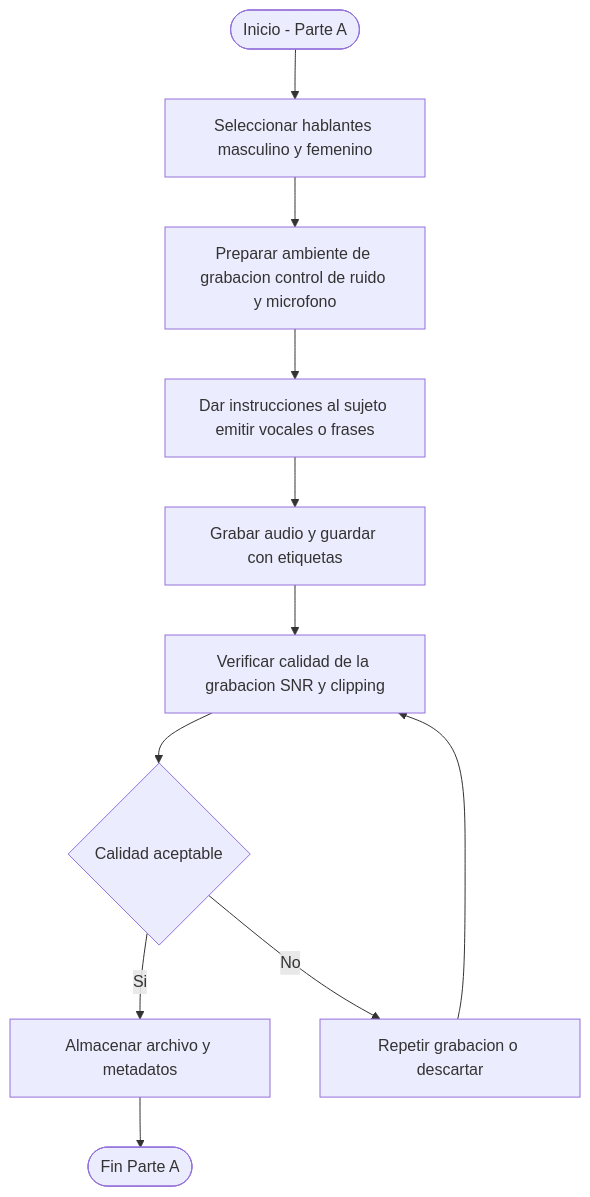
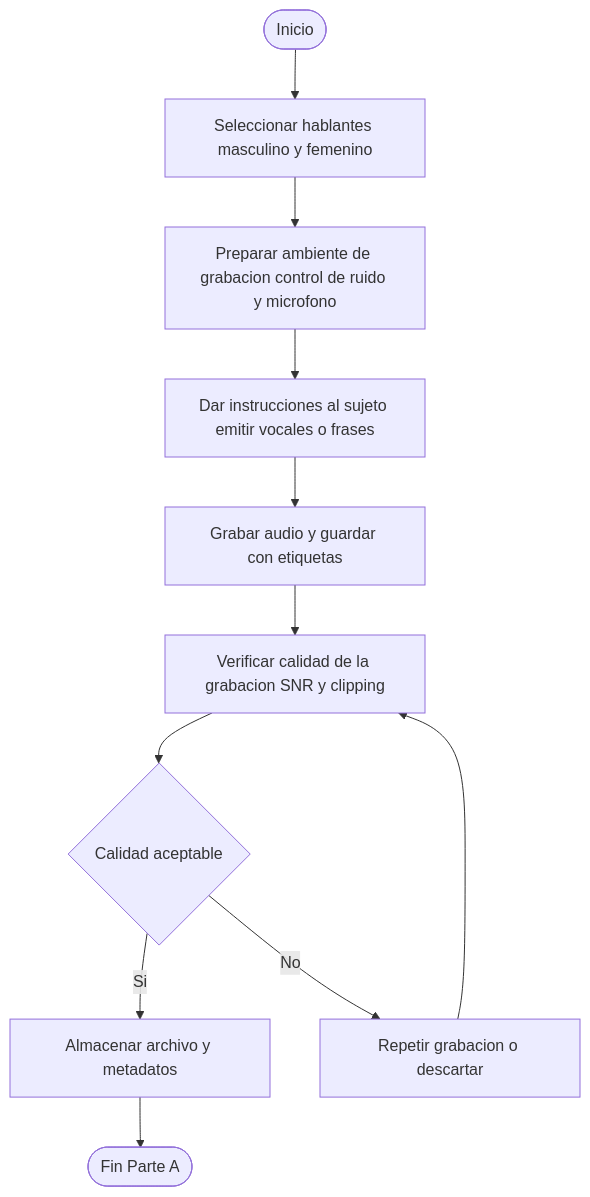
Before and after one commit to LauraDaniela09/Laboratorio_3: the first of 3 diagrams in README.md, drawn with Mermaid. The commit also changed other lines of this file, not shown here.

````diff
--- a/README.md
+++ b/README.md
@@ -23,13 +23,13 @@
 ```mermaid
 flowchart TD
-  A([Inicio - Parte A]) --> B[Seleccionar hablantes masculino y femenino]
+  A([Inicio]) --> B[Seleccionar hablantes masculino y femenino]
   B --> C[Preparar ambiente de grabacion control de ruido y microfono]
   C --> D[Dar instrucciones al sujeto emitir vocales o frases]
   D --> E[Grabar audio y guardar con etiquetas]
   E --> F[Verificar calidad de la grabacion SNR y clipping]
   F --> G{Calidad aceptable}
   G -->|Si| H[Almacenar archivo y metadatos]
   G -->|No| I[Repetir grabacion o descartar]
   I --> F
   H --> J([Fin Parte A])
 ```
````
